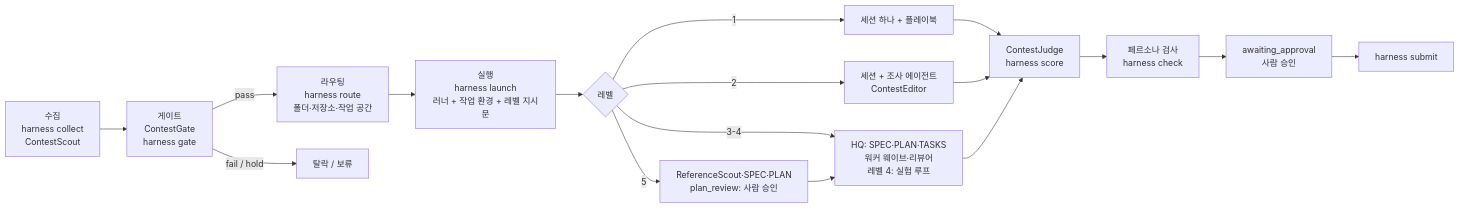
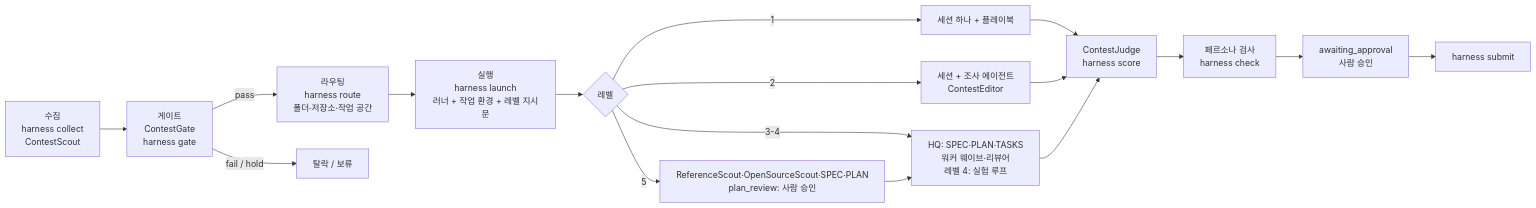
One commit to FMsongX2/Autocontest-Harness changed the second of 2 diagrams in README.md. Above: the diagram before and after it, drawn with Mermaid. The commit also changed other lines of this file and 39 other files, not shown here.

First line of the commit message:
Runner adapter interface, configurable schedule, open-source reuse research

````diff
--- a/README.md
+++ b/README.md
@@ -571,17 +578,17 @@
 ```mermaid
 flowchart LR
   A[수집<br/>harness collect<br/>ContestScout] --> B[게이트<br/>ContestGate<br/>harness gate]
   B -->|pass| C[라우팅<br/>harness route<br/>폴더·저장소·작업 공간]
   B -->|fail / hold| X[탈락 / 보류]
   C --> D[실행<br/>harness launch<br/>러너 + 작업 환경 + 레벨 지시문]
   D --> E{레벨}
   E -->|1| F[세션 하나 + 플레이북]
   E -->|2| G[세션 + 조사 에이전트<br/>ContestEditor]
   E -->|3-4| H[HQ: SPEC·PLAN·TASKS<br/>워커 웨이브·리뷰어<br/>레벨 4: 실험 루프]
-  E -->|5| P[ReferenceScout·SPEC·PLAN<br/>plan_review: 사람 승인]
+  E -->|5| P[ReferenceScout·OpenSourceScout·SPEC·PLAN<br/>plan_review: 사람 승인]
   P --> H
   F & G & H --> J[ContestJudge<br/>harness score]
   J --> Q[페르소나 검사<br/>harness check]
   Q --> K[awaiting_approval<br/>사람 승인]
   K --> L[harness submit]
 ```
````
